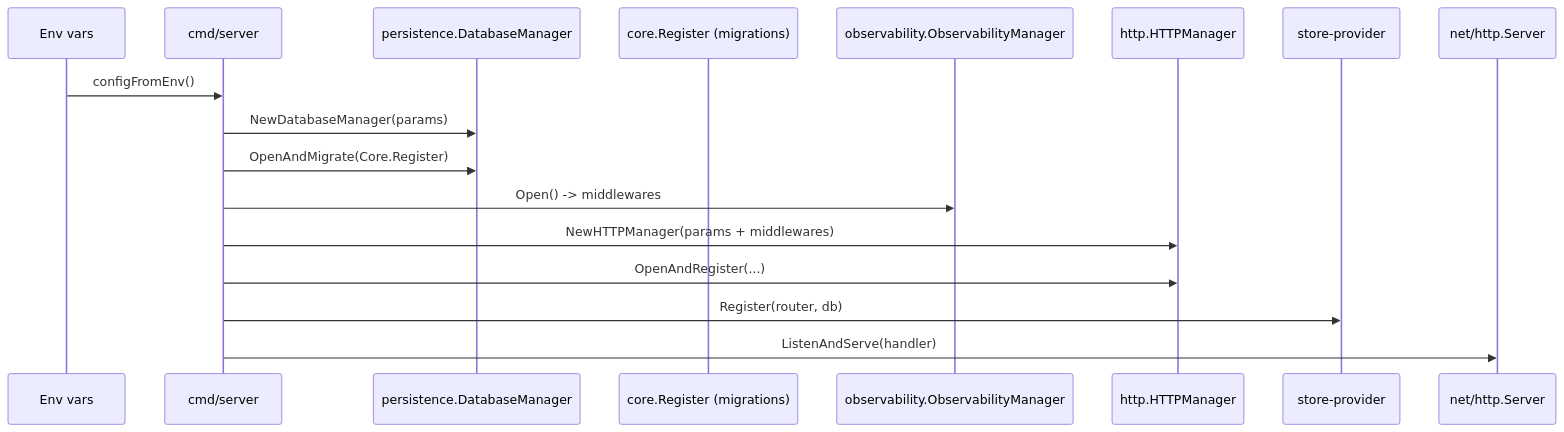
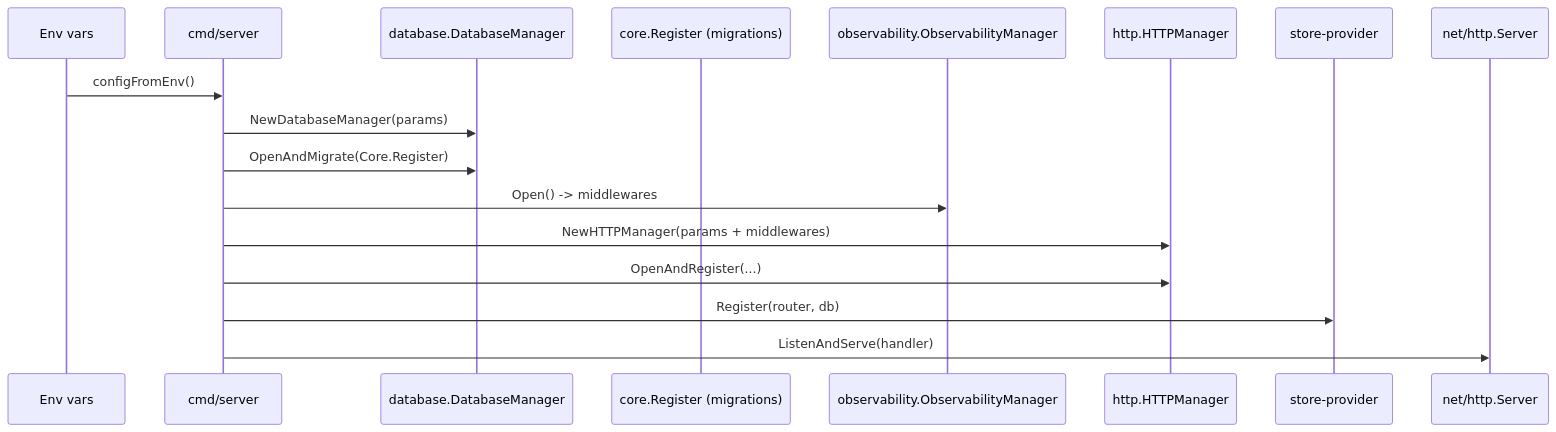
Before and after one commit to brunojet/my-store-go: the diagram in app/infra/README.md, drawn with Mermaid. The commit also changed other lines of this file and 12 other files, not shown here.

````diff
--- a/app/infra/README.md
+++ b/app/infra/README.md
@@ -54,20 +54,20 @@
 ```mermaid
 sequenceDiagram
   participant Env as Env vars
   participant Main as cmd/server
-  participant DBM as persistence.DatabaseManager
+  participant DBM as database.DatabaseManager
   participant Core as core.Register (migrations)
   participant OBS as observability.ObservabilityManager
   participant HTTP as http.HTTPManager
   participant Mod as store-provider
   participant Srv as net/http.Server
 
   Env->>Main: configFromEnv()
   Main->>DBM: NewDatabaseManager(params)
   Main->>DBM: OpenAndMigrate(Core.Register)
   Main->>OBS: Open() -> middlewares
   Main->>HTTP: NewHTTPManager(params + middlewares)
   Main->>HTTP: OpenAndRegister(...)
   Main->>Mod: Register(router, db)
   Main->>Srv: ListenAndServe(handler)
 ```
````
